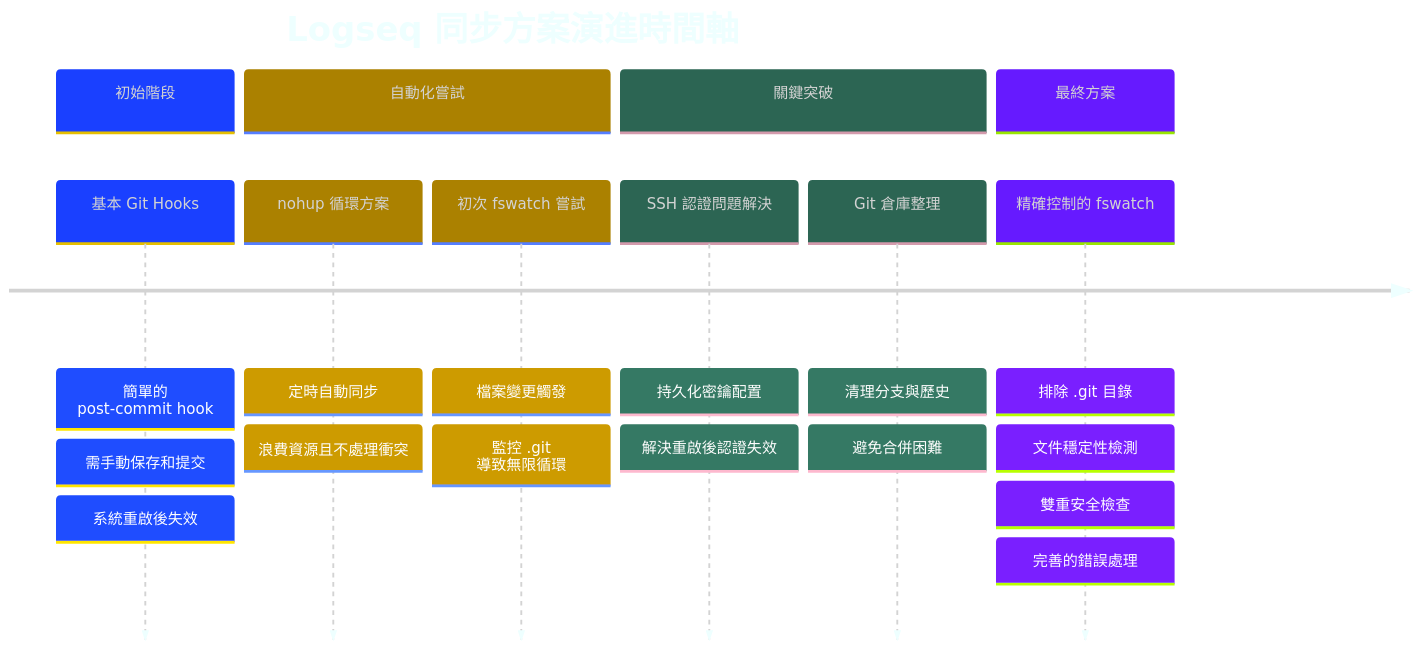
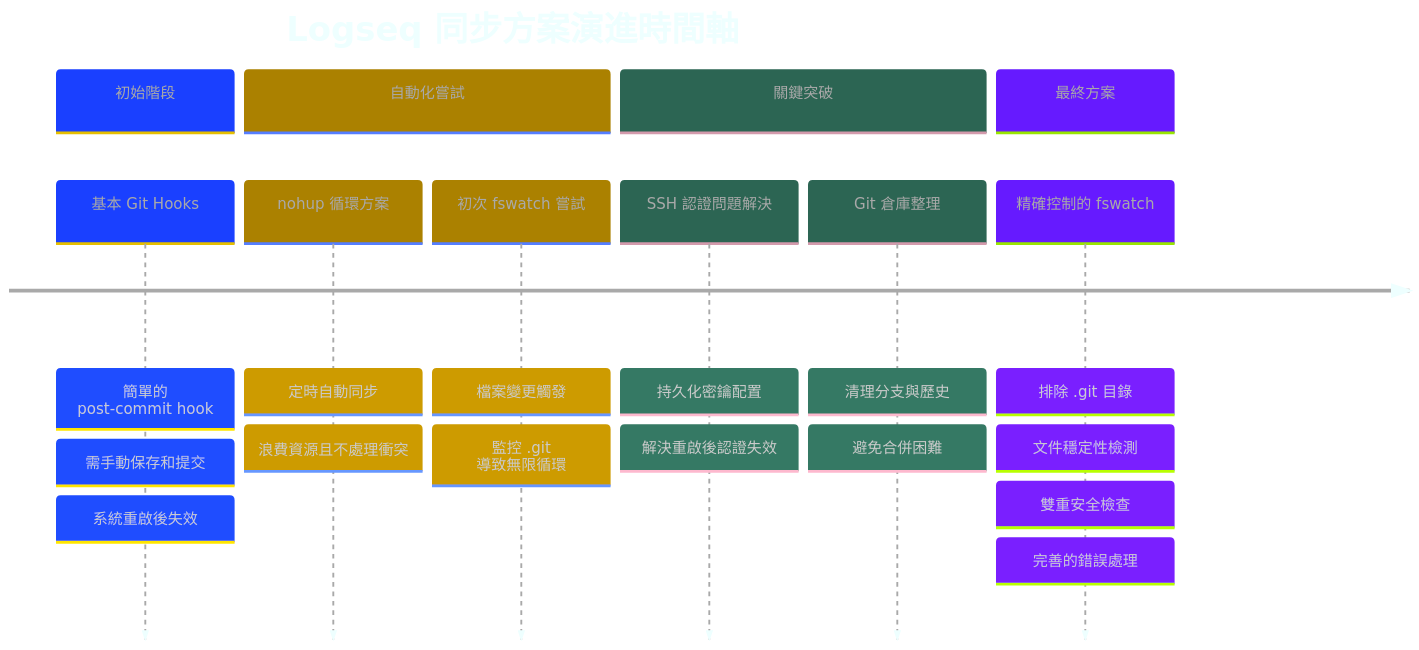
One commit to GengGeng026/Sync-Logseq changed the first of 2 diagrams in Logseq同步方案演進記錄.md. Above: the diagram before and after it, drawn with Mermaid.

Commit message:
Auto-sync: Wed Mar 26 09:23:09 +08 2025

````diff
--- a/Logseq同步方案演進記錄.md
+++ b/Logseq同步方案演進記錄.md
@@ -24,44 +24,44 @@
 ```mermaid
 %%{init: {
   'theme': 'base', 
   'themeVariables': {
     'primaryColor': '#99AAFF',
     'secondaryColor': '#FFCB2B',
     'tertiaryColor': '#59B79A',
-    'primaryTextColor': 'lightgrey',
+    'primaryTextColor': 'darkgrey',
     'primaryBorderColor': '#59B79A',
     'lineColor': '#C792EA',
     'background': 'transparent',
     'textColor': '#EEFFFF',
     'nodeBorder': '#59B79A',
     'clusterBkg': 'transparent',
     'titleColor': '#EEFFFF',
     'sectionBkgColor': '#273747',
     'sectionBkgColor2': '#334455',
     'sectionBkgColor3': '#3A4A5A',
     'sectionBkgColor4': '#42546A',
     'sectionBkgColor5': '#4B5E78'
   }
 }}%%
 timeline
     title Logseq 同步方案演進時間軸
     section 初始階段
         基本 Git Hooks : 簡單的 post-commit hook
         : 需手動保存和提交
         : 系統重啟後失效
     section 自動化嘗試
         nohup 循環方案 : 定時自動同步
         : 浪費資源且不處理衝突
         初次 fswatch 嘗試 : 檔案變更觸發
         : 監控 .git 導致無限循環
     section 關鍵突破
         SSH 認證問題解決 : 持久化密鑰配置
         : 解決重啟後認證失效
         Git 倉庫整理 : 清理分支與歷史
         : 避免合併困難
     section 最終方案
         精確控制的 fswatch : 排除 .git 目錄
         : 文件穩定性檢測
         : 雙重安全檢查
         : 完善的錯誤處理
 ```
````
